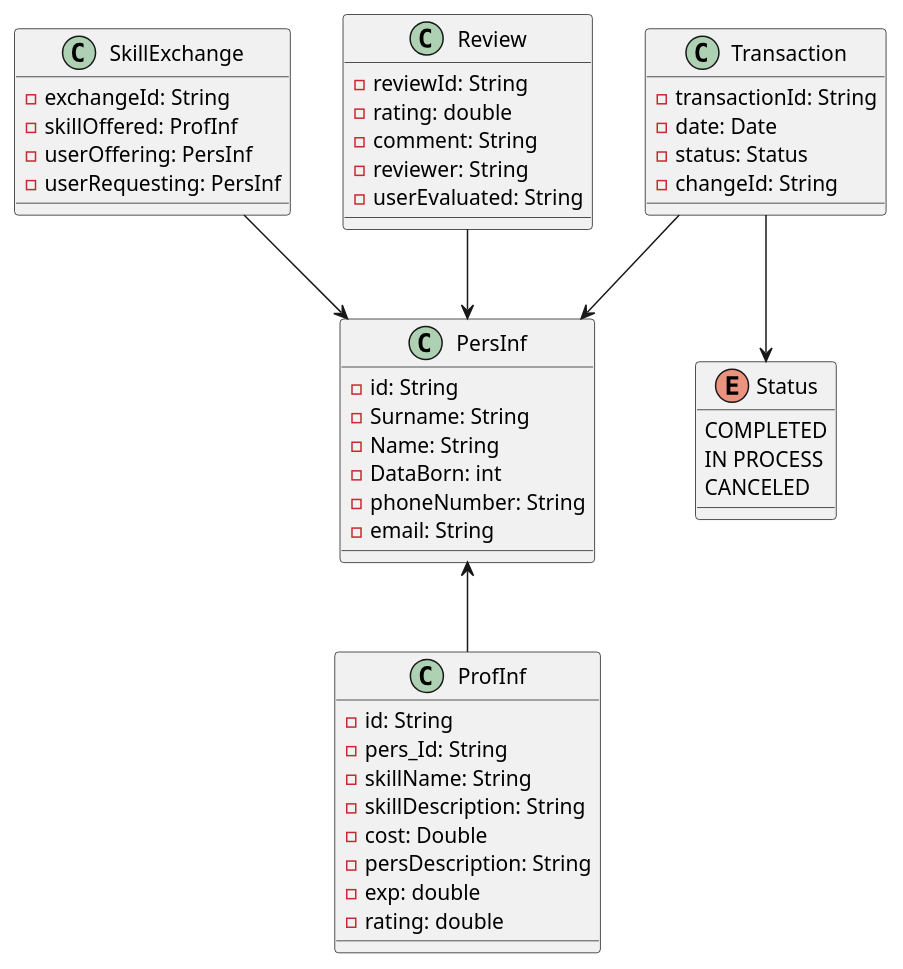
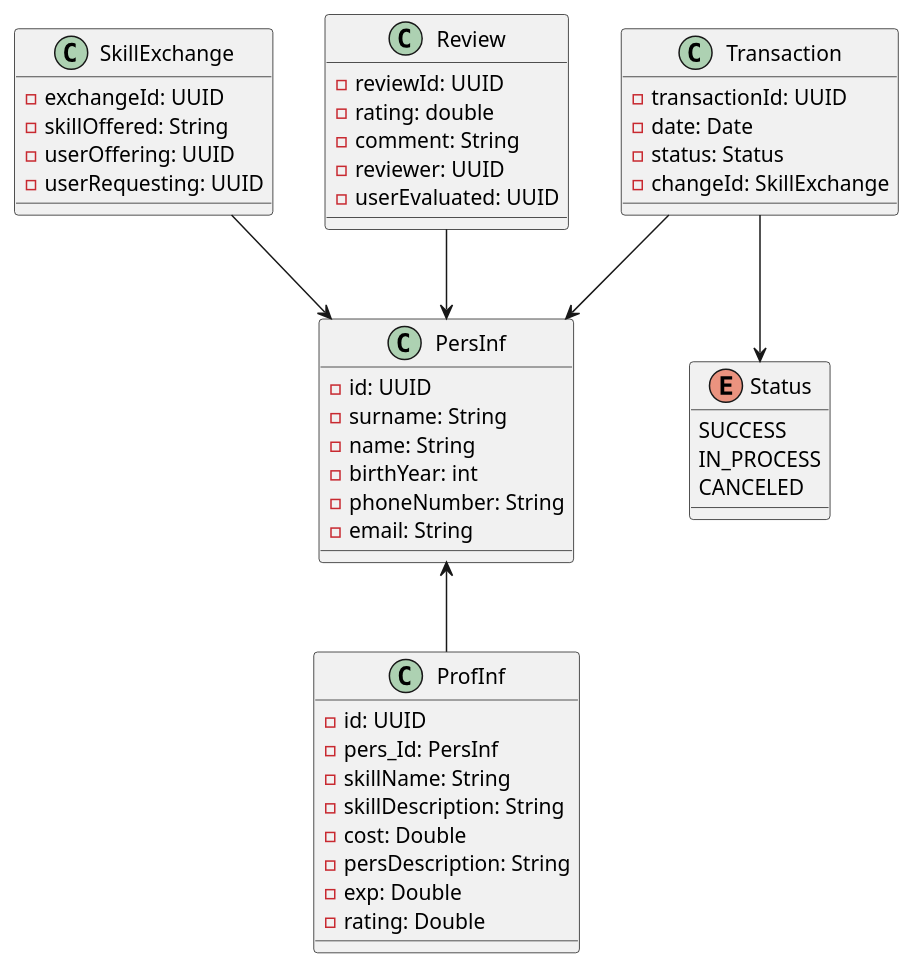
The diagram in SkillSwap/src/main/resources/umlDiagrams/ClassDiagramm.puml (Xastt/SkillSwap), drawn with PlantUML before and after one commit. The commit also changed 18 other files, not shown here.

```diff
--- a/SkillSwap/src/main/resources/umlDiagrams/ClassDiagramm.puml
+++ b/SkillSwap/src/main/resources/umlDiagrams/ClassDiagramm.puml
@@ -1,57 +1,57 @@
 @startuml
 
 class PersInf {
-    -id: String
-    -Surname: String
-    -Name: String
-    -DataBorn: int
+    -id: UUID
+    -surname: String
+    -name: String
+    -birthYear: int
     -phoneNumber: String
     -email: String
 }
 
 class ProfInf {
-    -id: String
-    -pers_Id: String
+    -id: UUID
+    -pers_Id: PersInf
     -skillName: String
     -skillDescription: String
     -cost: Double
     -persDescription: String
-    -exp: double
-    -rating: double
+    -exp: Double
+    -rating: Double
 }
 
 class SkillExchange {
-    -exchangeId: String
-    -skillOffered: ProfInf
-    -userOffering: PersInf
-    -userRequesting: PersInf
+    -exchangeId: UUID
+    -skillOffered: String
+    -userOffering: UUID
+    -userRequesting: UUID
 }
 
 class Review {
-    -reviewId: String
+    -reviewId: UUID
     -rating: double
     -comment: String
-    -reviewer: String
-    -userEvaluated: String
+    -reviewer: UUID
+    -userEvaluated: UUID
 }
 
 class Transaction {
-    -transactionId: String
+    -transactionId: UUID
     -date: Date
     -status: Status
-    -changeId: String
+    -changeId: SkillExchange
 }
 
 enum Status {
-    COMPLETED
-    IN PROCESS
+    SUCCESS
+    IN_PROCESS
     CANCELED
 }
 
 PersInf <-- ProfInf
 SkillExchange --> PersInf
 Review --> PersInf
 Transaction --> PersInf
 Transaction --> Status
 
 @enduml
```
